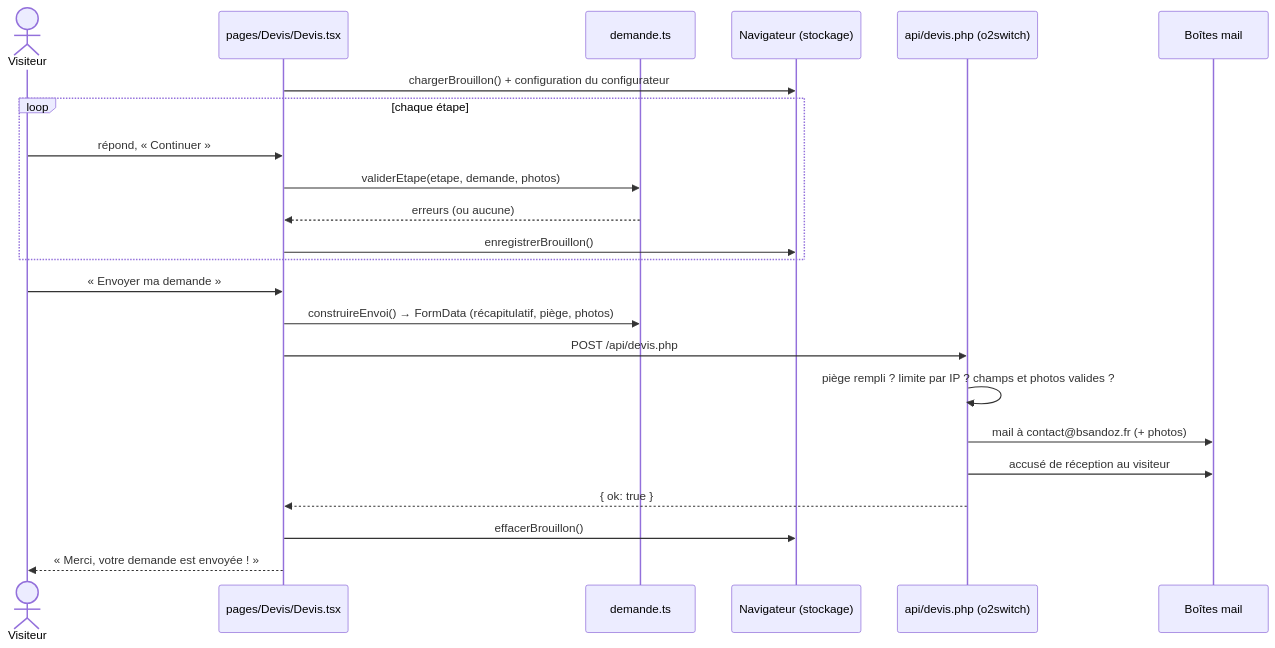
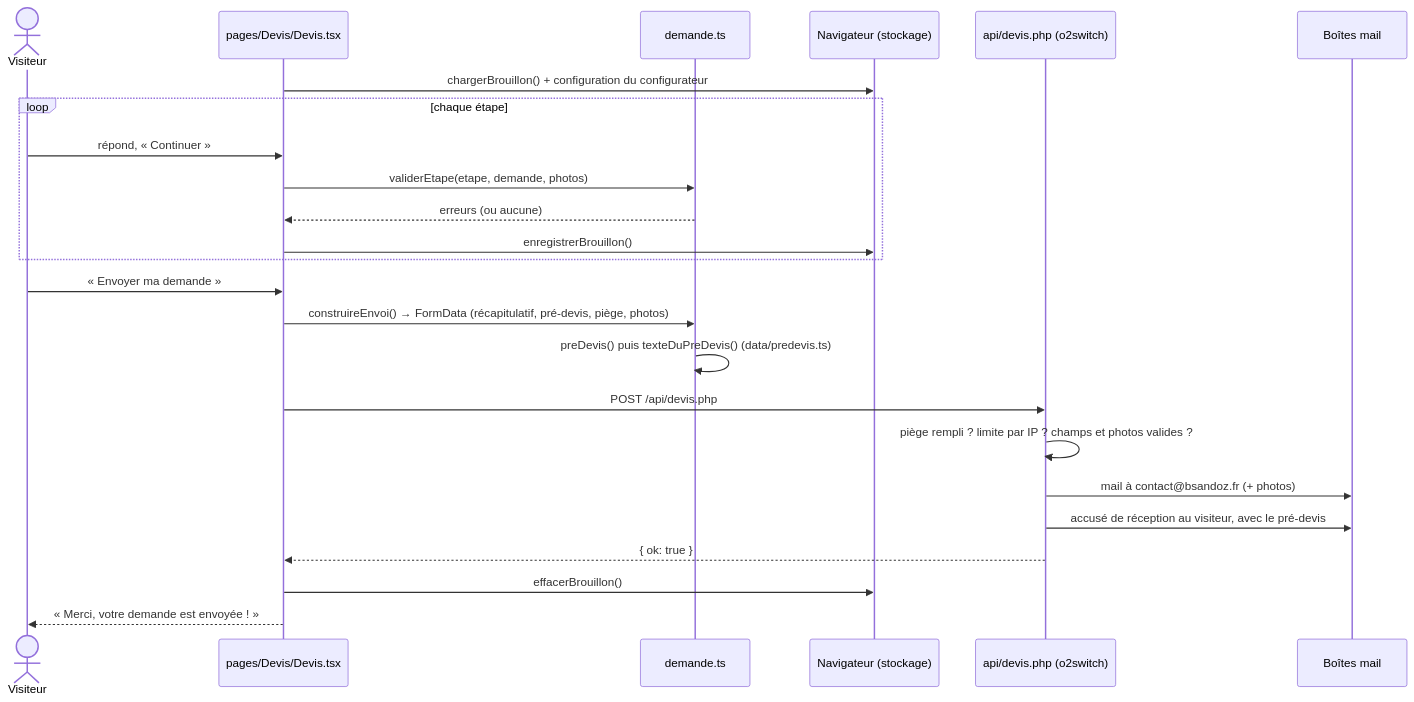
One commit to bsandoz79/bsandoz-site changed the diagram in docs/fonctionnalites/demande-de-devis.md. Above: the diagram before and after it, drawn with Mermaid. The commit also changed other lines of this file and 6 other files, not shown here.

Commit message:
feat: pré-devis automatique dans l'accusé de réception du devis

````diff
--- a/docs/fonctionnalites/demande-de-devis.md
+++ b/docs/fonctionnalites/demande-de-devis.md
@@ -7,25 +7,26 @@
 ```mermaid
 sequenceDiagram
   actor V as Visiteur
   participant P as pages/Devis/Devis.tsx
   participant D as demande.ts
   participant N as Navigateur (stockage)
   participant S as api/devis.php (o2switch)
   participant M as Boîtes mail
   P->>N: chargerBrouillon() + configuration du configurateur
   loop chaque étape
     V->>P: répond, « Continuer »
     P->>D: validerEtape(etape, demande, photos)
     D-->>P: erreurs (ou aucune)
     P->>N: enregistrerBrouillon()
   end
   V->>P: « Envoyer ma demande »
-  P->>D: construireEnvoi() → FormData (récapitulatif, piège, photos)
+  P->>D: construireEnvoi() → FormData (récapitulatif, pré-devis, piège, photos)
+  D->>D: preDevis() puis texteDuPreDevis() (data/predevis.ts)
   P->>S: POST /api/devis.php
   S->>S: piège rempli ? limite par IP ? champs et photos valides ?
   S->>M: mail à contact@bsandoz.fr (+ photos)
-  S->>M: accusé de réception au visiteur
+  S->>M: accusé de réception au visiteur, avec le pré-devis
   S-->>P: { ok: true }
   P->>N: effacerBrouillon()
   P-->>V: « Merci, votre demande est envoyée ! »
 ```
````
